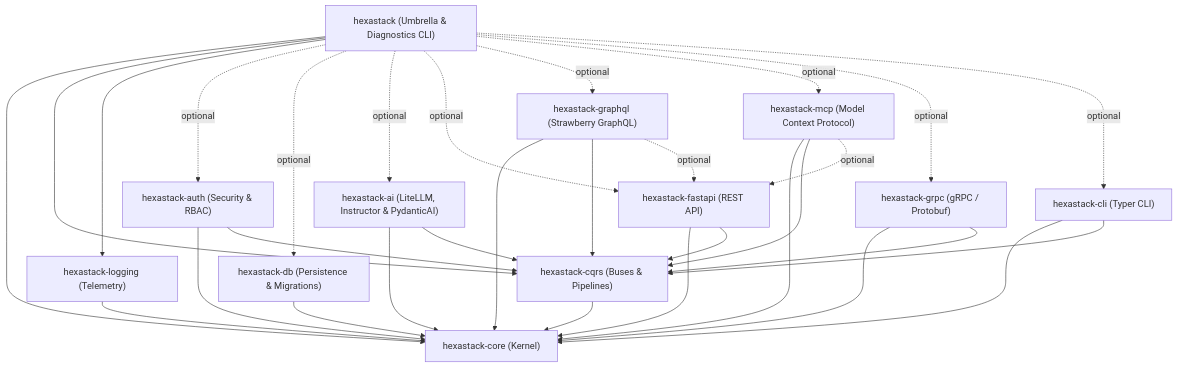
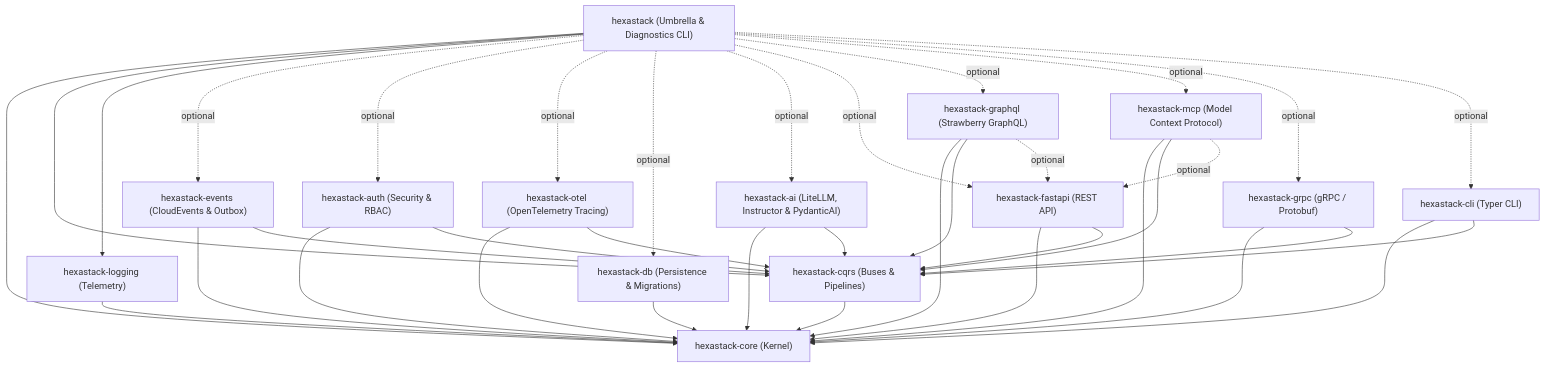
Before and after one commit to TheTrueSCU/hexastack: the second of 2 diagrams in README.md, drawn with Mermaid. The commit also changed other lines of this file and 88 other files, not shown here.

Commit message:
add hexastack-events and otel; update README.md across project; make umbrella app dynamic

````diff
--- a/README.md
+++ b/README.md
@@ -68,48 +76,56 @@
 ```mermaid
 graph TD
     Umbrella["hexastack (Umbrella & Diagnostics CLI)"]
 
     Core["hexastack-core (Kernel)"]
     CQRS["hexastack-cqrs (Buses & Pipelines)"]
+    Events["hexastack-events (CloudEvents & Outbox)"]
     Logging["hexastack-logging (Telemetry)"]
     Auth["hexastack-auth (Security & RBAC)"]
+    Otel["hexastack-otel (OpenTelemetry Tracing)"]
     DB["hexastack-db (Persistence & Migrations)"]
     AI["hexastack-ai (LiteLLM, Instructor & PydanticAI)"]
     FastAPI["hexastack-fastapi (REST API)"]
     GraphQL["hexastack-graphql (Strawberry GraphQL)"]
     MCP["hexastack-mcp (Model Context Protocol)"]
     GRPC["hexastack-grpc (gRPC / Protobuf)"]
     CLI["hexastack-cli (Typer CLI)"]
 
     Umbrella --> Core
     Umbrella --> CQRS
     Umbrella --> Logging
+    Umbrella -. optional .-> Events
     Umbrella -. optional .-> Auth
+    Umbrella -. optional .-> Otel
     Umbrella -. optional .-> DB
     Umbrella -. optional .-> AI
     Umbrella -. optional .-> FastAPI
     Umbrella -. optional .-> GraphQL
     Umbrella -. optional .-> MCP
     Umbrella -. optional .-> GRPC
     Umbrella -. optional .-> CLI
 
     CQRS --> Core
+    Events --> Core
+    Events --> CQRS
     Logging --> Core
     Auth --> Core
     Auth --> CQRS
+    Otel --> Core
+    Otel --> CQRS
     DB --> Core
     AI --> Core
     AI --> CQRS
     FastAPI --> Core
     FastAPI --> CQRS
     GraphQL --> Core
     GraphQL --> CQRS
     GraphQL -. optional .-> FastAPI
     MCP --> Core
     MCP --> CQRS
     MCP -. optional .-> FastAPI
     GRPC --> Core
     GRPC --> CQRS
     CLI --> Core
     CLI --> CQRS
 ```
````
